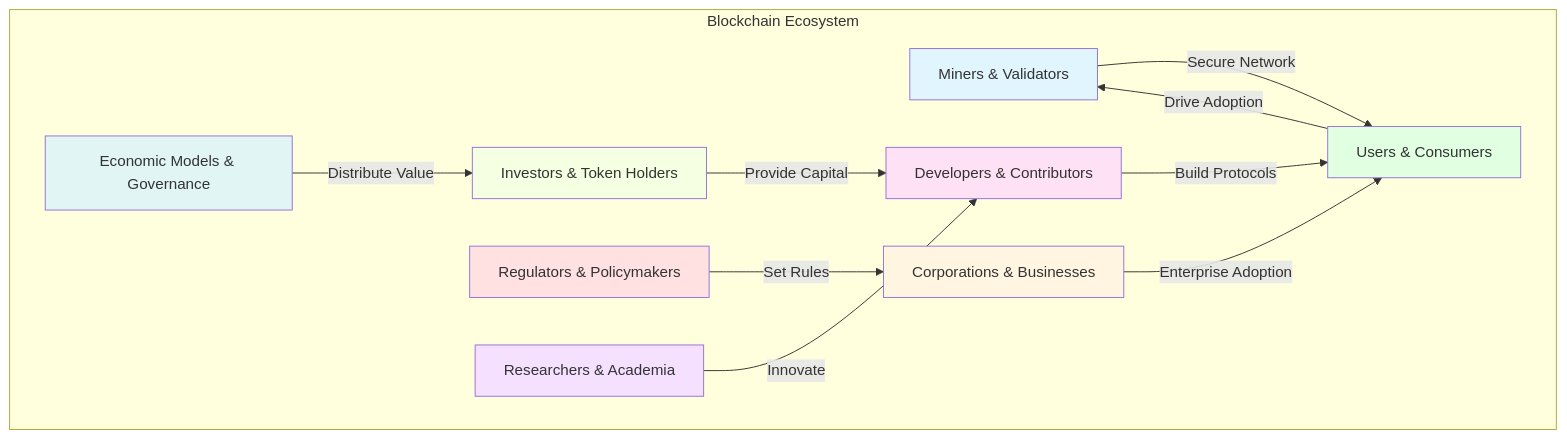
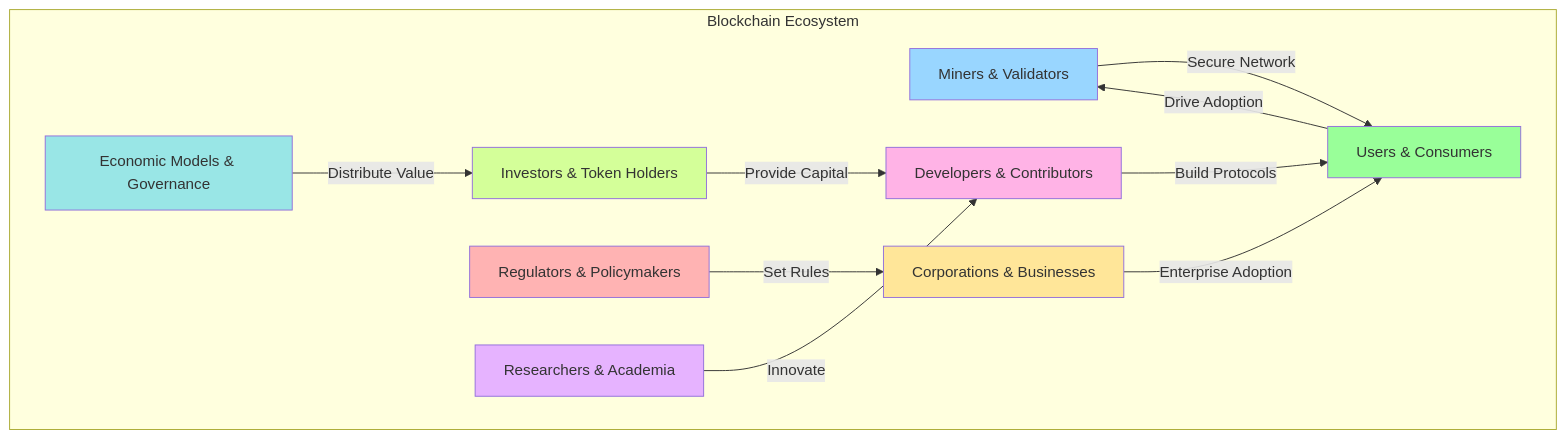
Before and after one commit to ljg-cqu/knowledge: the first of 23 diagrams in Industry/Blockchain/Blockchain/ValueChain/QA_MistralAI.md, drawn with Mermaid. The commit also changed other lines of this file and 6 other files, not shown here.

````diff
--- a/Industry/Blockchain/Blockchain/ValueChain/QA_MistralAI.md
+++ b/Industry/Blockchain/Blockchain/ValueChain/QA_MistralAI.md
@@ -40,31 +40,31 @@
 ```mermaid
 graph TB
     subgraph Blockchain Ecosystem
         A[Miners & Validators]
         B[Developers & Contributors]
         C[Investors & Token Holders]
         D[Regulators & Policymakers]
         E[Users & Consumers]
         F[Researchers & Academia]
         G[Corporations & Businesses]
         H[Economic Models & Governance]
     end
     
     A -->|Secure Network| E
     B -->|Build Protocols| E
     C -->|Provide Capital| B
     D -->|Set Rules| G
     E -->|Drive Adoption| A
     F -->|Innovate| B
     G -->|Enterprise Adoption| E
     H -->|Distribute Value| C
     
-    style A fill:#e1f5ff
-    style B fill:#ffe1f5
-    style C fill:#f5ffe1
-    style D fill:#ffe1e1
-    style E fill:#e1ffe1
-    style F fill:#f5e1ff
-    style G fill:#fff5e1
-    style H fill:#e1f5f5
+    style A fill:#99d6ff
+    style B fill:#ffb3e6
+    style C fill:#d4ff99
+    style D fill:#ffb3b3
+    style E fill:#99ff99
+    style F fill:#e6b3ff
+    style G fill:#ffe699
+    style H fill:#99e6e6
 ```
````
